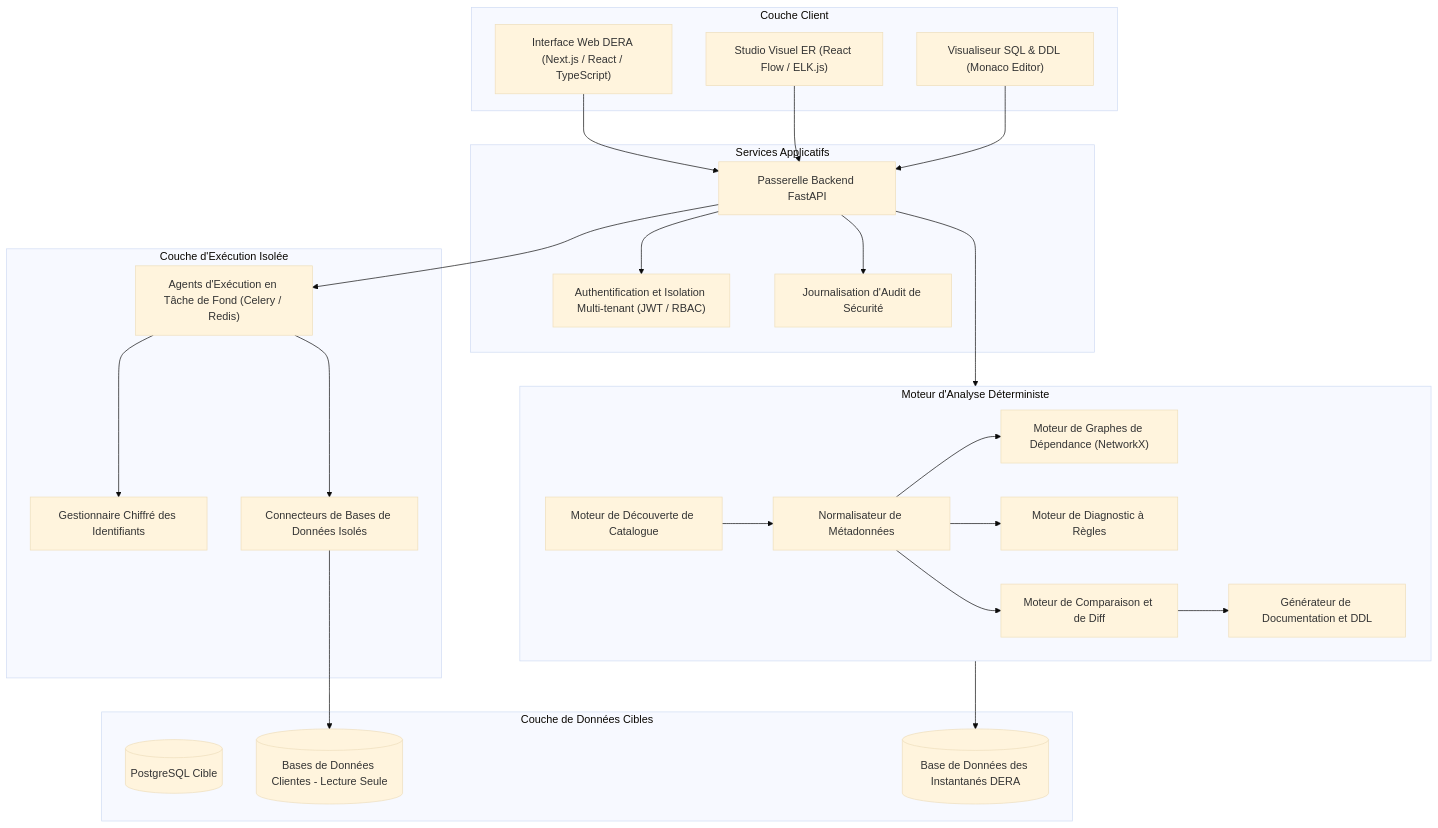
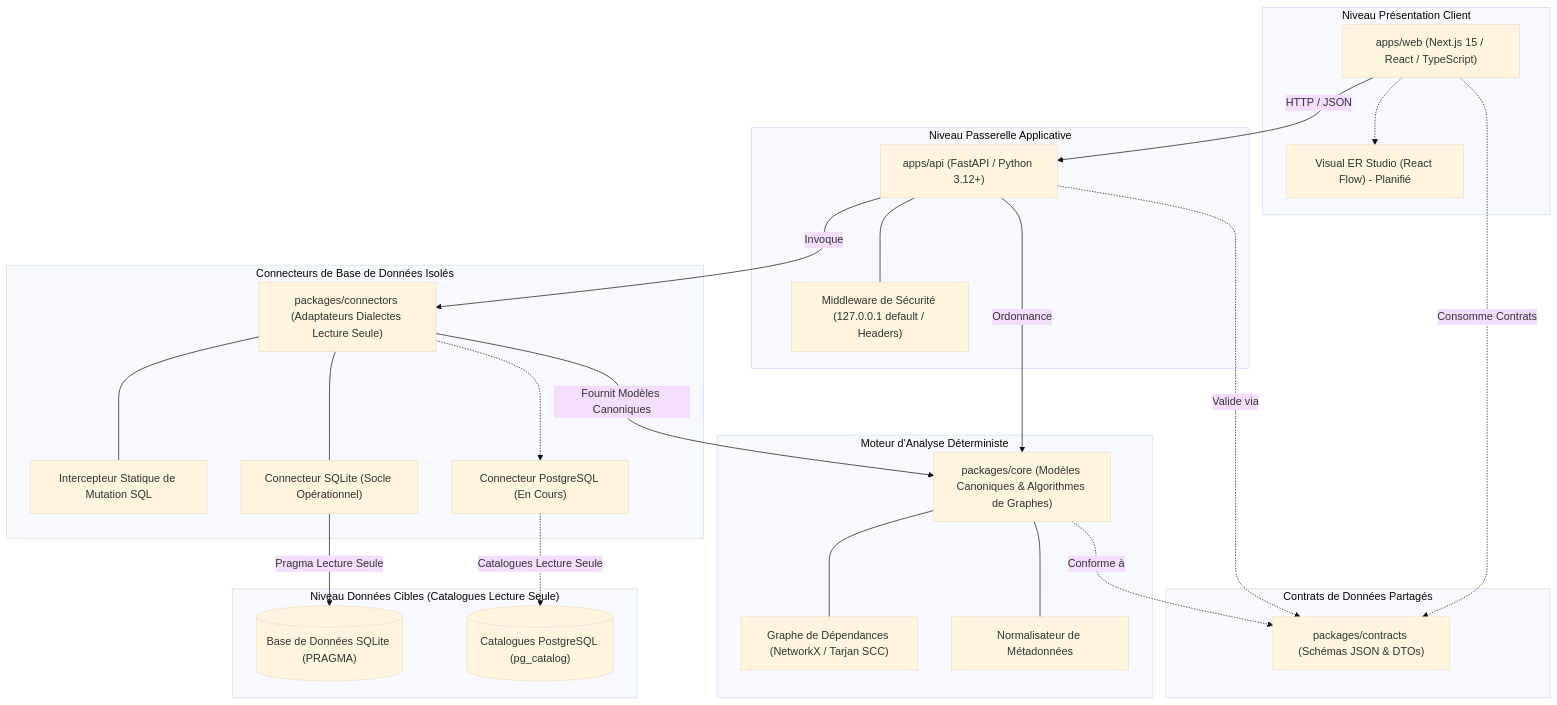
The diagram in docs/i18n/README.fr.md (krishanth7/dera), drawn with Mermaid (base theme) before and after one commit. The commit also changed other lines of this file and 4 other files, not shown here.

````diff
--- a/docs/i18n/README.fr.md
+++ b/docs/i18n/README.fr.md
@@ -200,52 +148,51 @@
 ```mermaid
 flowchart TD
-    subgraph Client["Couche Client"]
-        UI["Interface Web DERA (Next.js / React / TypeScript)"]
-        ERD["Studio Visuel ER (React Flow / ELK.js)"]
-        Monaco["Visualiseur SQL & DDL (Monaco Editor)"]
+    subgraph Client_Tier["Niveau Présentation Client"]
+        WEB["apps/web (Next.js 15 / React / TypeScript)"]
+        STUDIO["Visual ER Studio (React Flow) - Planifié"]
+        WEB -.-> STUDIO
     end
 
-    subgraph Gateway["Services Applicatifs"]
-        API["Passerelle Backend FastAPI"]
-        Auth["Authentification et Isolation Multi-tenant (JWT / RBAC)"]
-        Audit["Journalisation d'Audit de Sécurité"]
+    subgraph API_Tier["Niveau Passerelle Applicative"]
+        API["apps/api (FastAPI / Python 3.12+)"]
+        MW["Middleware de Sécurité (127.0.0.1 default / Headers)"]
+        API --- MW
     end
 
-    subgraph Core["Moteur d'Analyse Déterministe"]
-        Discovery["Moteur de Découverte de Catalogue"]
-        Normalizer["Normalisateur de Métadonnées"]
-        GraphEngine["Moteur de Graphes de Dépendance (NetworkX)"]
-        DiagEngine["Moteur de Diagnostic à Règles"]
-        DiffEngine["Moteur de Comparaison et de Diff"]
-        ExportEngine["Générateur de Documentation et DDL"]
+    subgraph Contracts_Tier["Contrats de Données Partagés"]
+        CONTRACTS["packages/contracts (Schémas JSON & DTOs)"]
     end
 
-    subgraph Worker["Couche d'Exécution Isolée"]
-        Celery["Agents d'Exécution en Tâche de Fond (Celery / Redis)"]
-        Vault["Gestionnaire Chiffré des Identifiants"]
-        Connectors["Connecteurs de Bases de Données Isolés"]
+    subgraph Core_Tier["Moteur d'Analyse Déterministe"]
+        CORE["packages/core (Modèles Canoniques & Algorithmes de Graphes)"]
+        DAG["Graphe de Dépendances (NetworkX / Tarjan SCC)"]
+        NORM["Normalisateur de Métadonnées"]
+        CORE --- DAG
+        CORE --- NORM
     end
 
-    subgraph Databases["Couche de Données Cibles"]
-        PG[(PostgreSQL Cible)]
-        CustomerDB[(Bases de Données Clientes - Lecture Seule)]
-        Storage[(Base de Données des Instantanés DERA)]
+    subgraph Connectors_Tier["Connecteurs de Base de Données Isolés"]
+        CONN["packages/connectors (Adaptateurs Dialectes Lecture Seule)"]
+        GUARD["Intercepteur Statique de Mutation SQL"]
+        SQLITE["Connecteur SQLite (Socle Opérationnel)"]
+        PG["Connecteur PostgreSQL (En Cours)"]
+        CONN --- GUARD
+        CONN --- SQLITE
+        CONN -.-> PG
     end
 
-    UI --> API
-    ERD --> API
-    Monaco --> API
-    API --> Auth
-    API --> Audit
-    API --> Core
-    API --> Celery
-    Celery --> Vault
-    Celery --> Connectors
-    Connectors --> CustomerDB
-    Core --> Storage
-    Discovery --> Normalizer
-    Normalizer --> GraphEngine
-    Normalizer --> DiagEngine
-    Normalizer --> DiffEngine
-    DiffEngine --> ExportEngine
+    subgraph Target_DBs["Niveau Données Cibles (Catalogues Lecture Seule)"]
+        TARGET_SQLITE[("Base de Données SQLite (PRAGMA)")]
+        TARGET_PG[("Catalogues PostgreSQL (pg_catalog)")]
+    end
+
+    WEB -->|HTTP / JSON| API
+    WEB -.->|Consomme Contrats| CONTRACTS
+    API -->|Ordonnance| CORE
+    API -->|Invoque| CONN
+    API -.->|Valide via| CONTRACTS
+    CORE -.->|Conforme à| CONTRACTS
+    CONN -->|Fournit Modèles Canoniques| CORE
+    SQLITE -->|Pragma Lecture Seule| TARGET_SQLITE
+    PG -.->|Catalogues Lecture Seule| TARGET_PG
 ```
````
